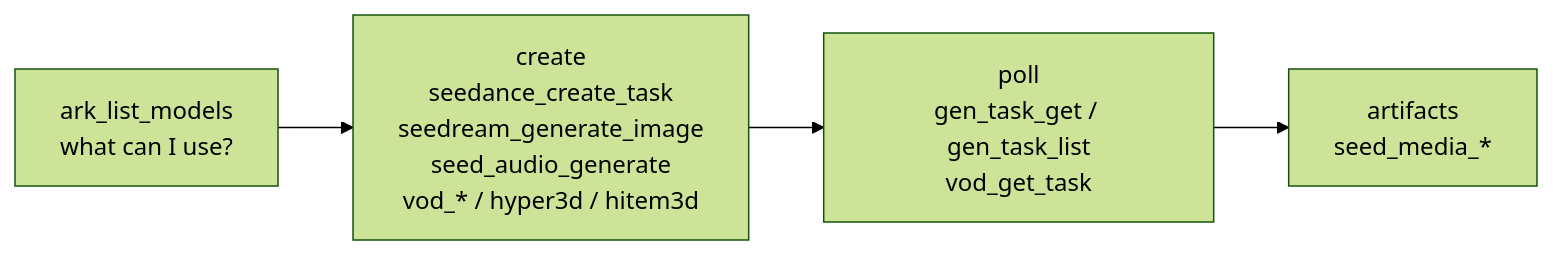
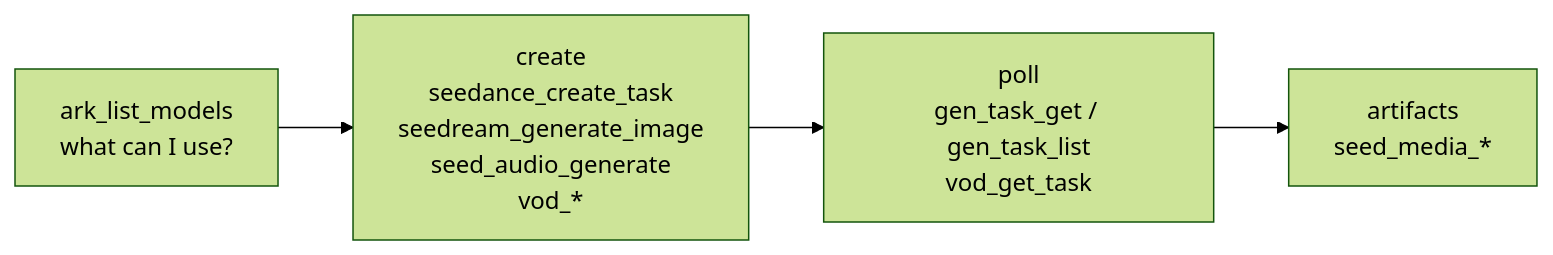
Before and after one commit to byteplus-sa/ark-mcp: the diagram in docs/migration-0.2.md, drawn with Mermaid (forest theme). The commit also changed other lines of this file and 2 other files, not shown here.

````diff
--- a/docs/migration-0.2.md
+++ b/docs/migration-0.2.md
@@ -16,6 +16,6 @@
 ```mermaid
 flowchart LR
-  D["ark_list_models<br/>what can I use?"] --> C["create<br/>seedance_create_task<br/>seedream_generate_image<br/>seed_audio_generate<br/>vod_* / hyper3d / hitem3d"]
+  D["ark_list_models<br/>what can I use?"] --> C["create<br/>seedance_create_task<br/>seedream_generate_image<br/>seed_audio_generate<br/>vod_*"]
   C --> P["poll<br/>gen_task_get / gen_task_list<br/>vod_get_task"]
   P --> A["artifacts<br/>seed_media_*"]
 ```
````
